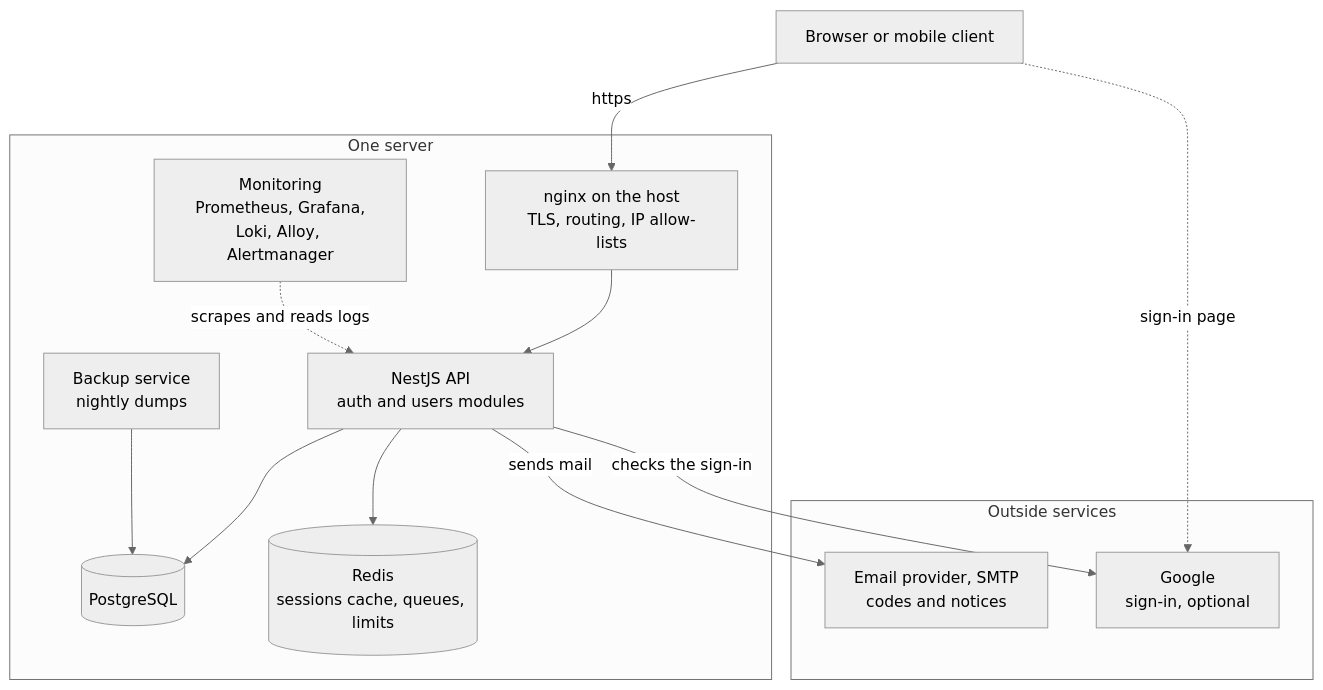
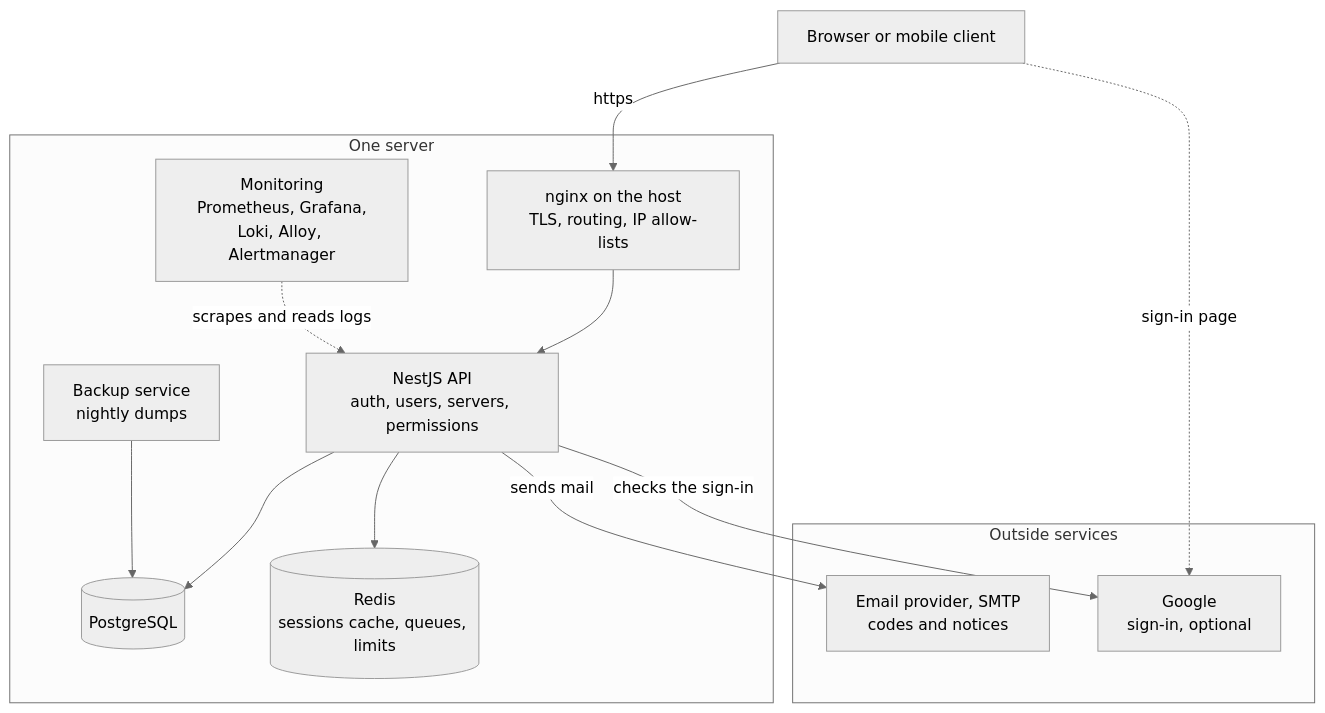
One commit to StoriuSs/NezFocus-Backend changed the first of 5 diagrams in OVERVIEW.md. Above: the diagram before and after it, drawn with Mermaid (neutral theme). The commit also changed other lines of this file and 3 other files, not shown here.

First line of the commit message:
docs: bring the overview, module, architecture and testing guides in line with the servers and permissions modules

````diff
--- a/OVERVIEW.md
+++ b/OVERVIEW.md
@@ -75,28 +75,28 @@
 ```mermaid
 flowchart TB
     Browser["Browser or mobile client"]
 
     subgraph stack["One server"]
         Nginx["nginx on the host<br/>TLS, routing, IP allow-lists"]
-        App["NestJS API<br/>auth and users modules"]
+        App["NestJS API<br/>auth, users, servers, permissions"]
         PG[("PostgreSQL")]
         RD[("Redis<br/>sessions cache, queues, limits")]
         Backup["Backup service<br/>nightly dumps"]
         Mon["Monitoring<br/>Prometheus, Grafana,<br/>Loki, Alloy, Alertmanager"]
     end
 
     subgraph outside["Outside services"]
         SMTP["Email provider, SMTP<br/>codes and notices"]
         Google["Google<br/>sign-in, optional"]
     end
 
     Browser -->|https| Nginx
     Browser -.->|sign-in page| Google
     Nginx --> App
     App --> PG
     App --> RD
     App -->|sends mail| SMTP
     App -->|checks the sign-in| Google
     Backup --> PG
     Mon -.->|scrapes and reads logs| App
 ```
````
